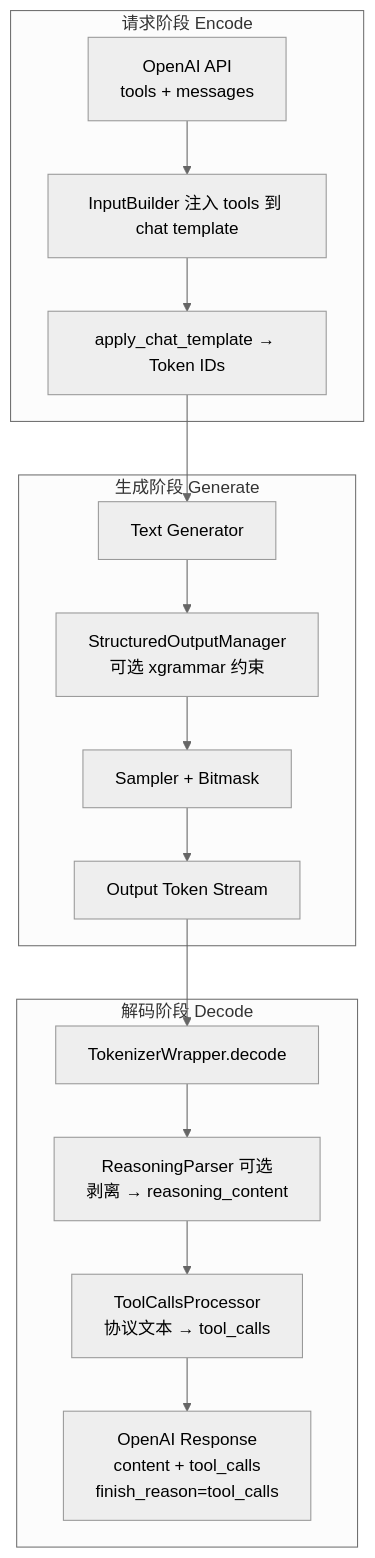
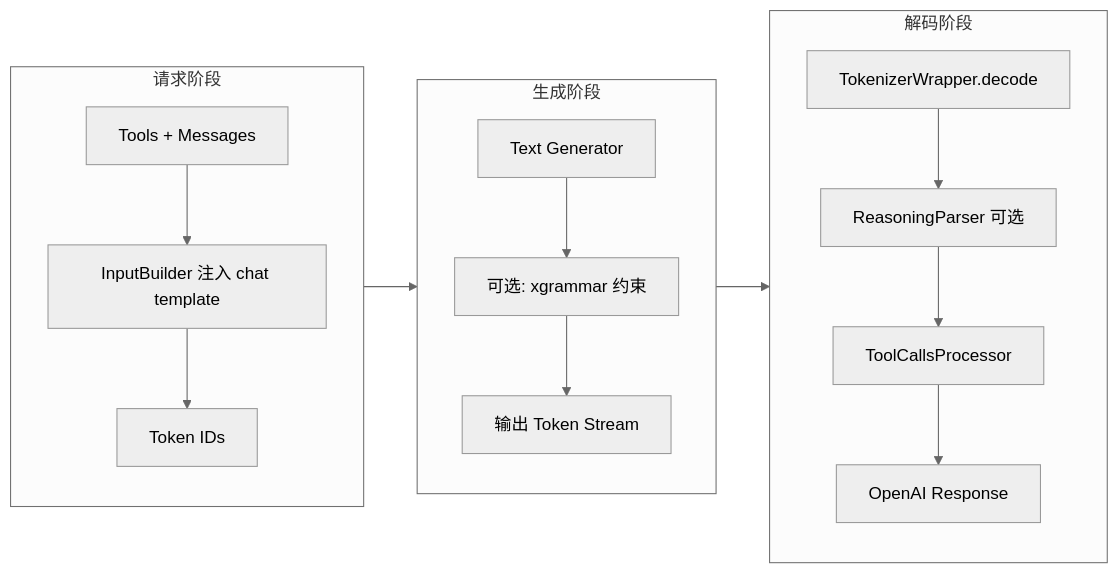
Before and after one commit to Lyr-GW/interview-docs: the first of 2 diagrams in docs/topics/function-call-structured-output.md, drawn with Mermaid (neutral theme). The commit also changed other lines of this file and 3 other files, not shown here.

````diff
--- a/docs/topics/function-call-structured-output.md
+++ b/docs/topics/function-call-structured-output.md
@@ -37,25 +20,13 @@
 ```mermaid
-flowchart TD
-    subgraph Encode[请求阶段 Encode]
-        A1[OpenAI API<br/>tools + messages]
-        A2[InputBuilder 注入 tools 到 chat template]
-        A3[apply_chat_template → Token IDs]
-        A1 --> A2 --> A3
+flowchart LR
+    subgraph Encode[请求阶段]
+        A[Tools + Messages] --> B[InputBuilder 注入 chat template] --> C[Token IDs]
     end
-    subgraph Generate[生成阶段 Generate]
-        B1[Text Generator]
-        B2[StructuredOutputManager<br/>可选 xgrammar 约束]
-        B3[Sampler + Bitmask]
-        B4[Output Token Stream]
-        B1 --> B2 --> B3 --> B4
+    subgraph Generate[生成阶段]
+        D[Text Generator] --> E[可选: xgrammar 约束] --> F[输出 Token Stream]
     end
-    subgraph Decode[解码阶段 Decode]
-        C1[TokenizerWrapper.decode]
-        C2[ReasoningParser 可选<br/>剥离 <think> → reasoning_content]
-        C3[ToolCallsProcessor<br/>协议文本 → tool_calls]
-        C4[OpenAI Response<br/>content + tool_calls<br/>finish_reason=tool_calls]
-        C1 --> C2 --> C3 --> C4
+    subgraph Decode[解码阶段]
+        G[TokenizerWrapper.decode] --> H[ReasoningParser 可选] --> I[ToolCallsProcessor] --> J[OpenAI Response]
     end
-    A3 --> B1
-    B4 --> C1
+    Encode --> Generate --> Decode
 ```
````
